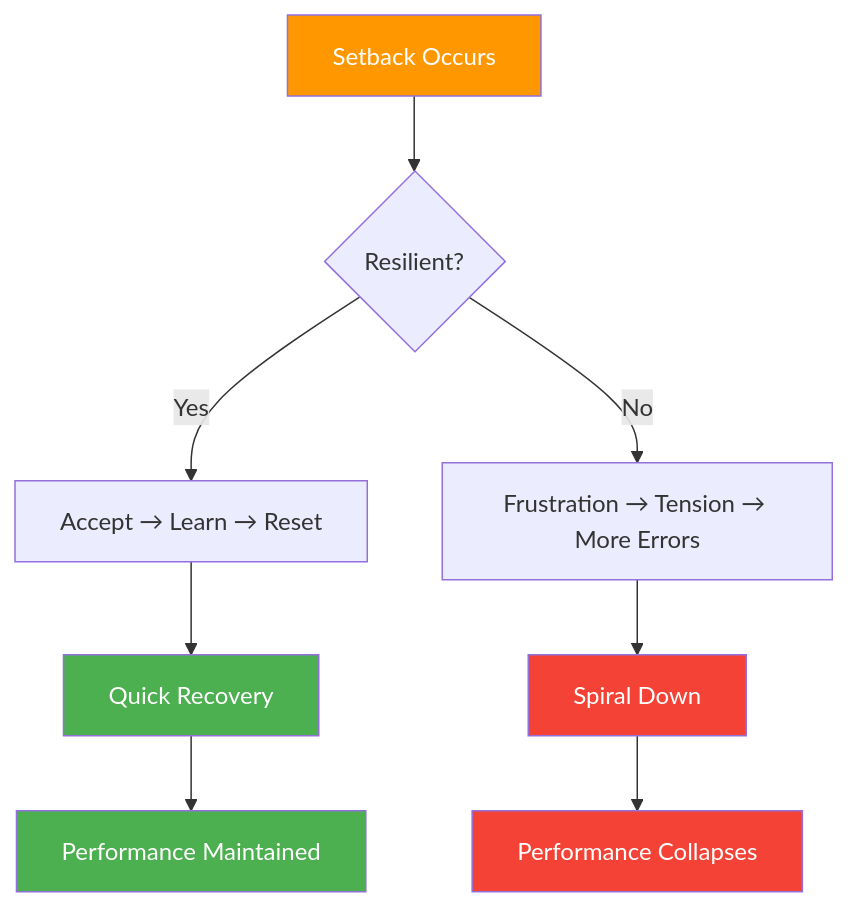
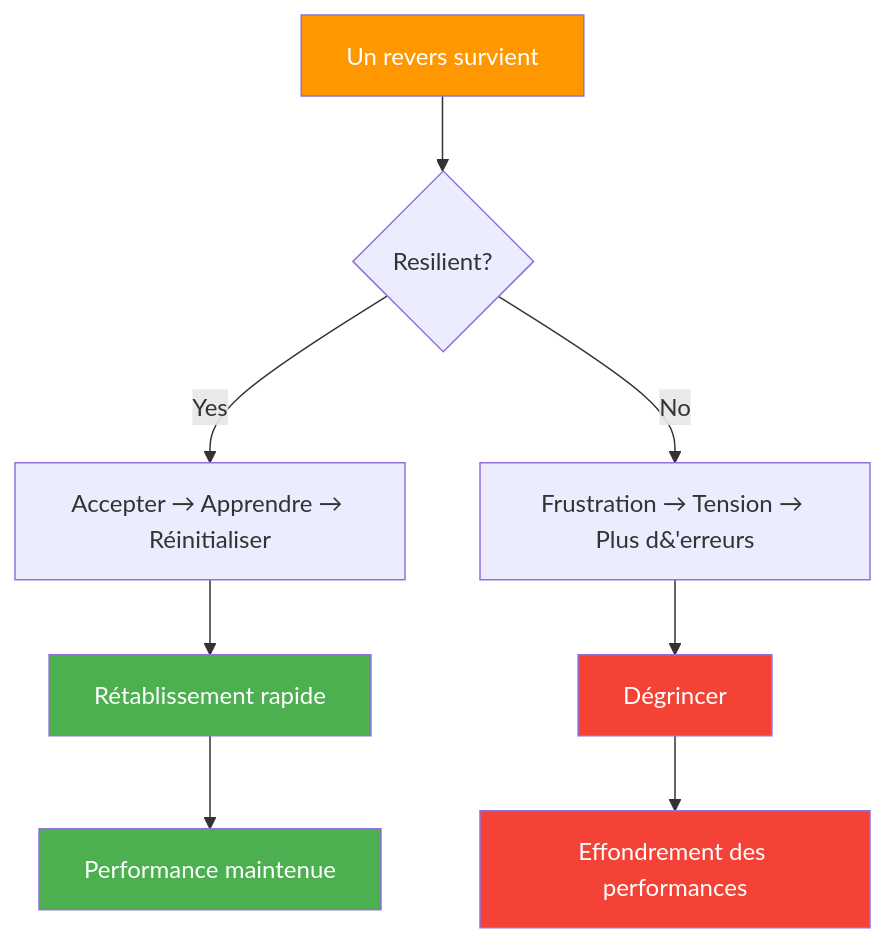
The diagram in docs/fr/articles/mental-resilience.md (patwii/petanque-academy), drawn with Mermaid before and after one commit. The commit also changed other lines of this file and 550 other files, not shown here.

````diff
--- a/docs/fr/articles/mental-resilience.md
+++ b/docs/fr/articles/mental-resilience.md
@@ -20,19 +20,19 @@
 ```mermaid
 flowchart TD
-    A[Setback Occurs] --> B{Resilient?}
+    A[Un revers survient] --> B{Resilient?}
 
-    B -->|Yes| C[Accept → Learn → Reset]
-    B -->|No| D[Frustration → Tension → More Errors]
+    B -->|Yes| C[Accepter → Apprendre → Réinitialiser]
+    B -->|No| D[Frustration → Tension → Plus d&#39;erreurs]
 
-    C --> E[Quick Recovery]
-    D --> F[Spiral Down]
+    C --> E[Rétablissement rapide]
+    D --> F[Dégrincer]
 
-    E --> G[Performance Maintained]
-    F --> H[Performance Collapses]
+    E --> G[Performance maintenue]
+    F --> H[Effondrement des performances]
 
     style A fill:#FF9800,color:#fff
     style E fill:#4CAF50,color:#fff
     style G fill:#4CAF50,color:#fff
     style F fill:#f44336,color:#fff
     style H fill:#f44336,color:#fff
 ```
````
